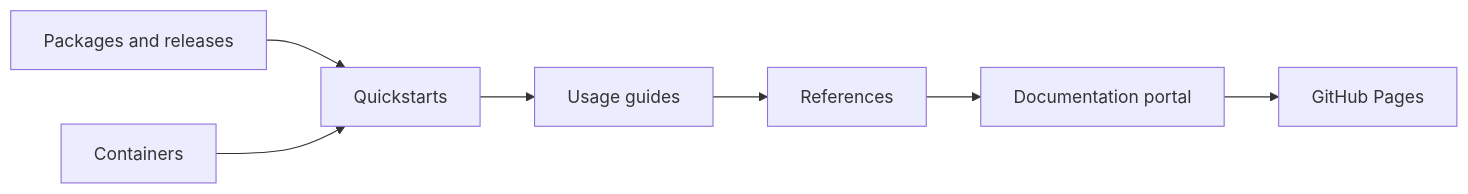
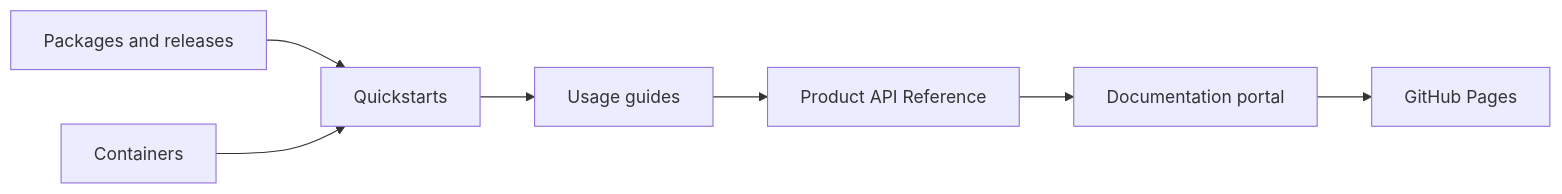
One commit to TechIndustryX/docs changed the diagram in docs/intro.md. Above: the diagram before and after it, drawn with Mermaid. The commit also changed other lines of this file and 12 other files, not shown here.

````diff
--- a/docs/intro.md
+++ b/docs/intro.md
@@ -14,9 +14,9 @@
 ```mermaid
 flowchart LR
   packages["Packages and releases"] --> quickstarts["Quickstarts"]
   containers["Containers"] --> quickstarts
   quickstarts --> guides["Usage guides"]
-  guides --> refs["References"]
-  refs --> portal["Documentation portal"]
+  guides --> api["Product API Reference"]
+  api --> portal["Documentation portal"]
   portal --> pages["GitHub Pages"]
 ```
````
